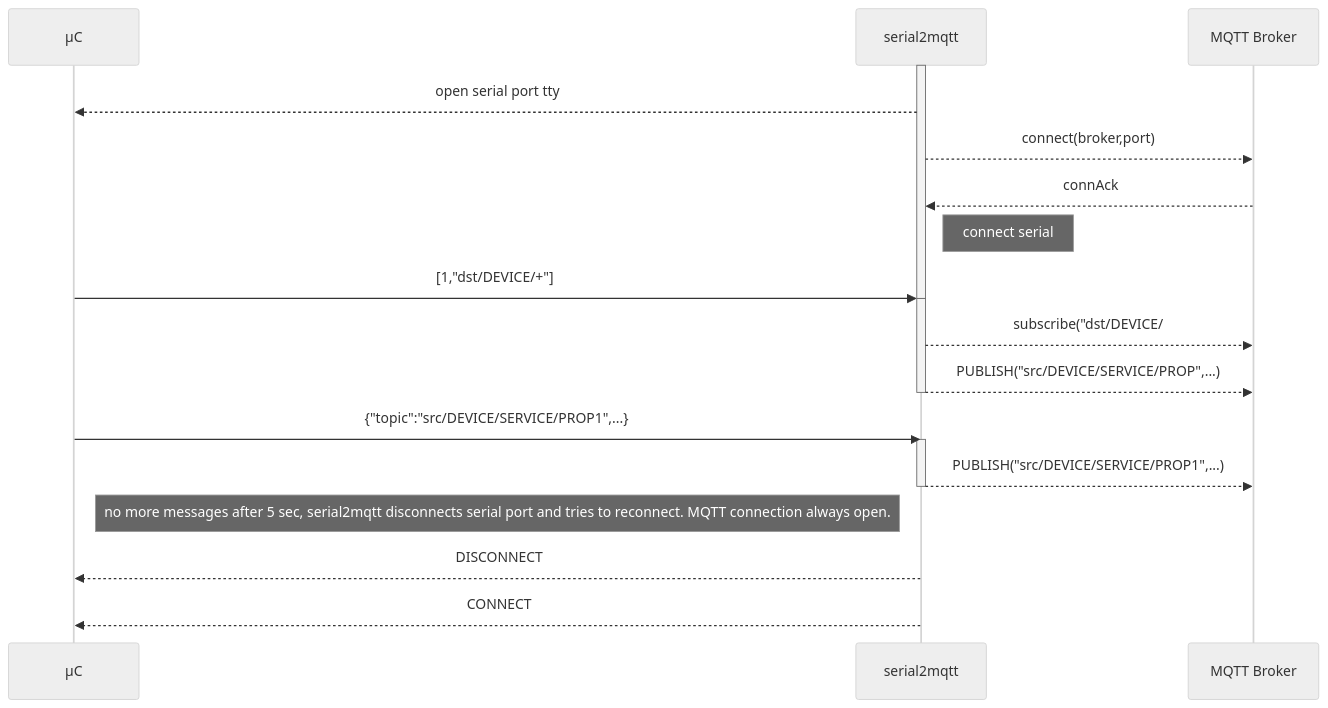
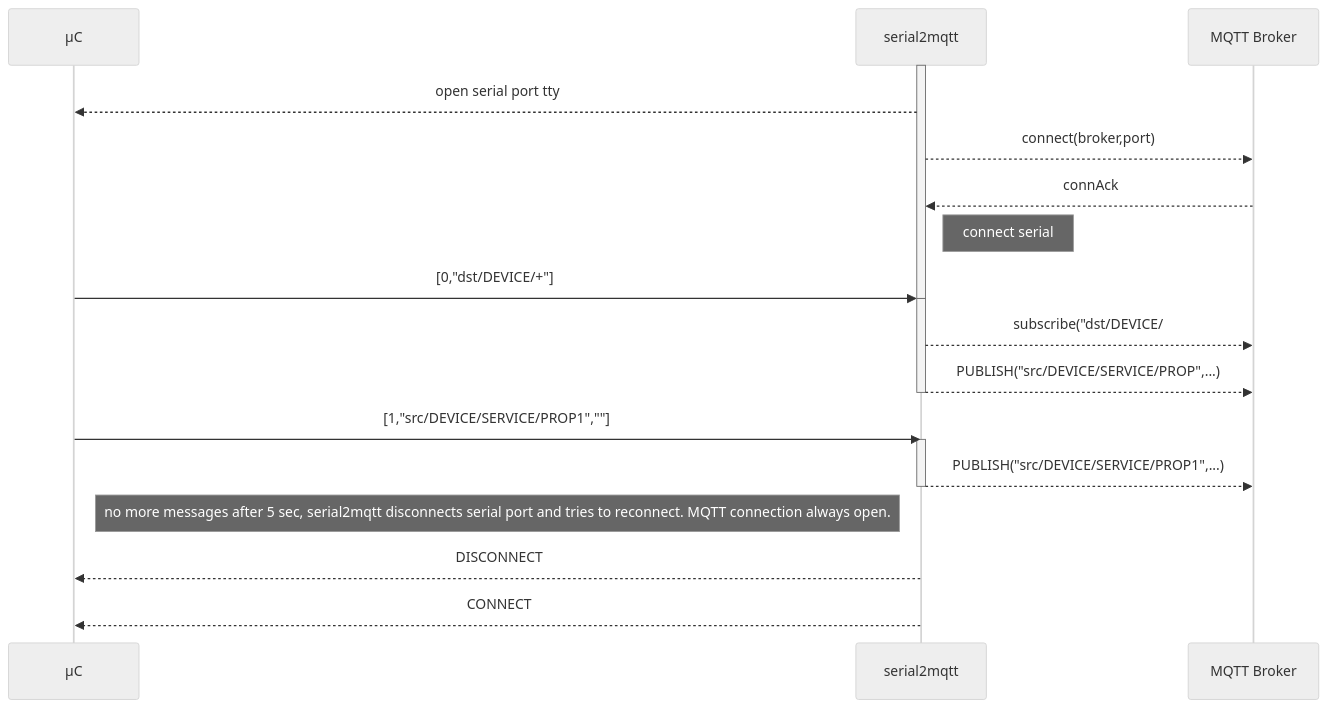
The first of 2 diagrams in README.md (vortex314/serial2mqtt), drawn with Mermaid (neutral theme) before and after one commit. The commit also changed other lines of this file, not shown here.

Commit message:
README.md updated from https://stackedit.io/

````diff
--- a/README.md
+++ b/README.md
@@ -63,24 +63,24 @@
 ```mermaid
 sequenceDiagram
 participant µC
 participant serial2mqtt
 participant MQTT Broker
 activate serial2mqtt
 serial2mqtt-->>µC: open serial port tty
 serial2mqtt-->>MQTT Broker: connect(broker,port)
 MQTT Broker -->> serial2mqtt: connAck
 Note right of serial2mqtt: connect serial
-µC->> serial2mqtt: [1,"dst/DEVICE/+"]
+µC->> serial2mqtt: [0,"dst/DEVICE/+"]
 deactivate serial2mqtt
 activate serial2mqtt
 serial2mqtt-->>MQTT Broker: subscribe("dst/DEVICE/#")
 serial2mqtt-->>MQTT Broker: PUBLISH("src/DEVICE/SERVICE/PROP",...)
 deactivate serial2mqtt
-µC->> serial2mqtt: {"topic":"src/DEVICE/SERVICE/PROP1",...}
+µC->> serial2mqtt: [1,"src/DEVICE/SERVICE/PROP1",""]
 activate serial2mqtt
 serial2mqtt-->>MQTT Broker:  PUBLISH("src/DEVICE/SERVICE/PROP1",...)
 deactivate serial2mqtt
 Note right of µC: no more messages after 5 sec, serial2mqtt disconnects serial port and tries to reconnect. MQTT connection always open.
 serial2mqtt-->>µC: DISCONNECT
 serial2mqtt-->>µC: CONNECT
 ```
````
